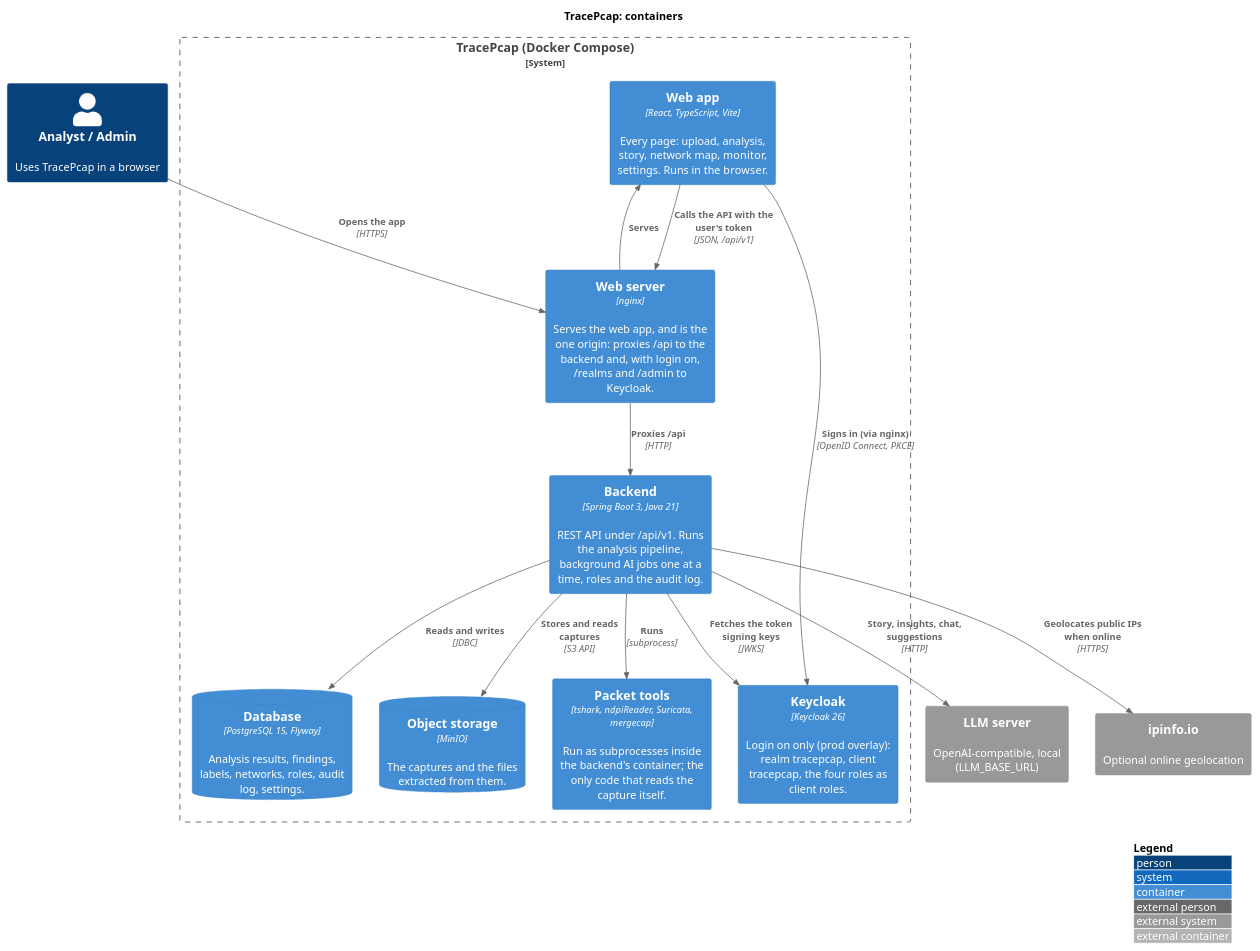
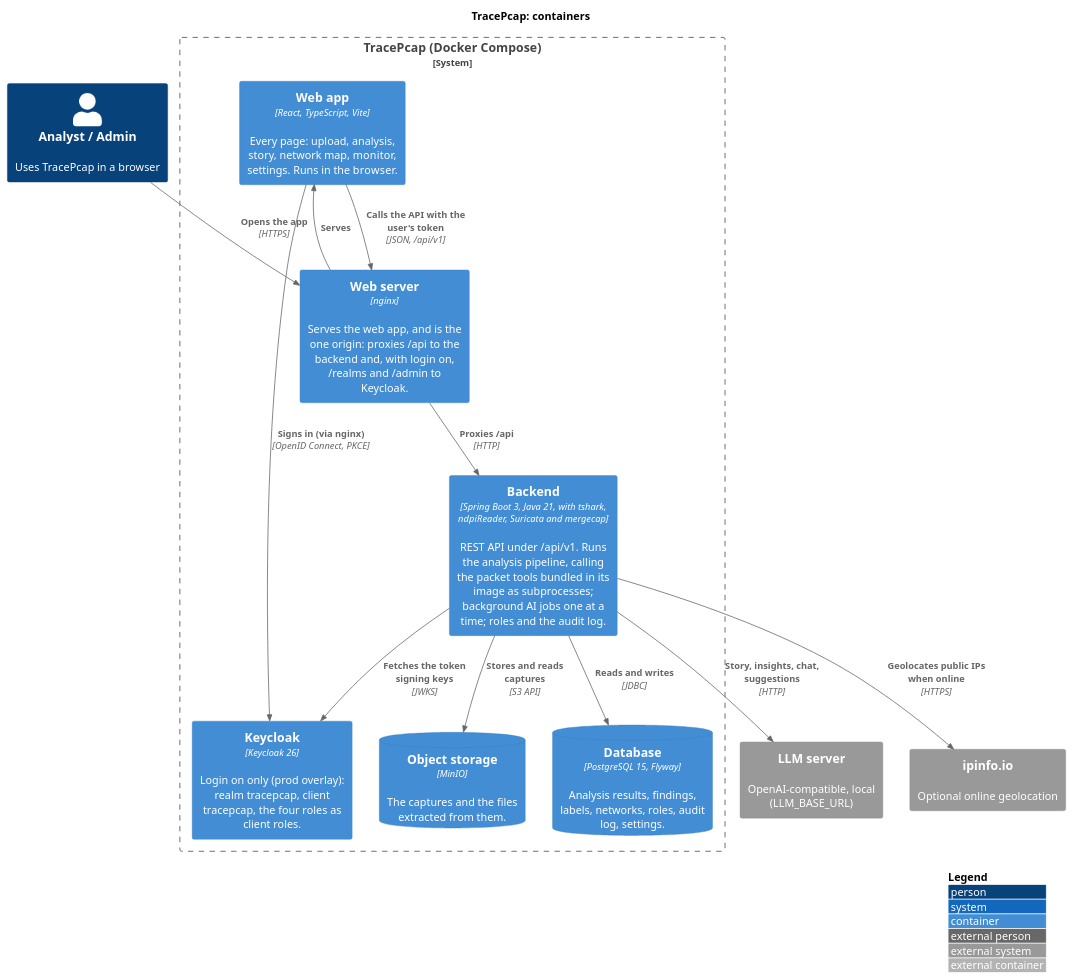
One commit to NotYuSheng/TracePcap changed the diagram in docs/architecture/c4/container.puml. Above: the diagram before and after it, drawn with PlantUML. The commit also changed 8 other files, not shown here.

Commit message:
docs: C4 is the container view only; the packet tools are part of the backend container

```diff
--- a/docs/architecture/c4/container.puml
+++ b/docs/architecture/c4/container.puml
@@ -1,36 +1,34 @@
 @startuml container
 ' TracePcap: C4 level 2, containers. Render: scripts/render-diagrams.sh
 ' What runs where: docker-compose.yml (base stack), plus docker-compose.prod.yml for login on.
 !include <C4/C4_Container>
 
 LAYOUT_WITH_LEGEND()
 title TracePcap: containers
 
 Person(analyst, "Analyst / Admin", "Uses TracePcap in a browser")
 
 System_Boundary(tracepcap, "TracePcap (Docker Compose)") {
   Container(spa, "Web app", "React, TypeScript, Vite", "Every page: upload, analysis, story, network map, monitor, settings. Runs in the browser.")
   Container(nginx, "Web server", "nginx", "Serves the web app, and is the one origin: proxies /api to the backend and, with login on, /realms and /admin to Keycloak.")
-  Container(backend, "Backend", "Spring Boot 3, Java 21", "REST API under /api/v1. Runs the analysis pipeline, background AI jobs one at a time, roles and the audit log.")
-  Container(tools, "Packet tools", "tshark, ndpiReader, Suricata, mergecap", "Run as subprocesses inside the backend's container; the only code that reads the capture itself.")
+  Container(backend, "Backend", "Spring Boot 3, Java 21, with tshark, ndpiReader, Suricata and mergecap", "REST API under /api/v1. Runs the analysis pipeline, calling the packet tools bundled in its image as subprocesses; background AI jobs one at a time; roles and the audit log.")
   ContainerDb(postgres, "Database", "PostgreSQL 15, Flyway", "Analysis results, findings, labels, networks, roles, audit log, settings.")
   ContainerDb(minio, "Object storage", "MinIO", "The captures and the files extracted from them.")
   Container(keycloak, "Keycloak", "Keycloak 26", "Login on only (prod overlay): realm tracepcap, client tracepcap, the four roles as client roles.")
 }
 
 System_Ext(llm, "LLM server", "OpenAI-compatible, local (LLM_BASE_URL)")
 System_Ext(ipinfo, "ipinfo.io", "Optional online geolocation")
 
 Rel(analyst, nginx, "Opens the app", "HTTPS")
 Rel(nginx, spa, "Serves")
 Rel(spa, nginx, "Calls the API with the user's token", "JSON, /api/v1")
 Rel(spa, keycloak, "Signs in (via nginx)", "OpenID Connect, PKCE")
 Rel(nginx, backend, "Proxies /api", "HTTP")
 Rel(backend, keycloak, "Fetches the token signing keys", "JWKS")
 Rel(backend, postgres, "Reads and writes", "JDBC")
 Rel(backend, minio, "Stores and reads captures", "S3 API")
-Rel(backend, tools, "Runs", "subprocess")
 Rel(backend, llm, "Story, insights, chat, suggestions", "HTTP")
 Rel(backend, ipinfo, "Geolocates public IPs when online", "HTTPS")
 
 @enduml
```
